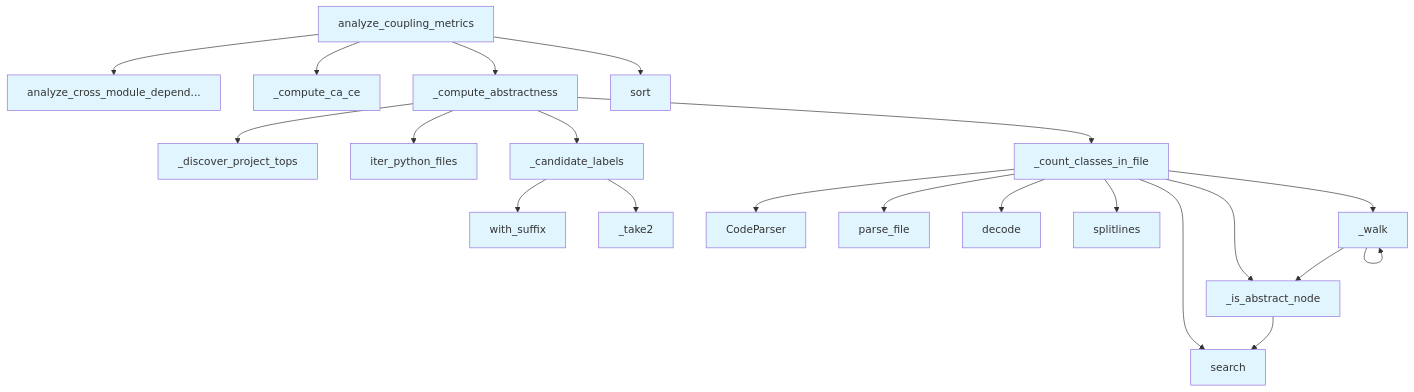
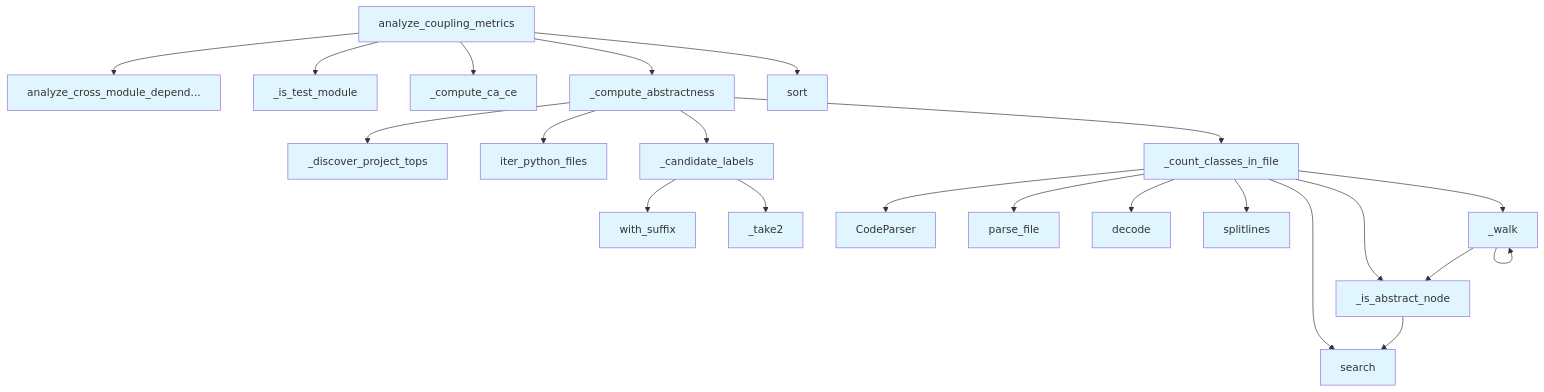
Before and after one commit to UrbanDiver/local-deepwiki-mcp: the diagram in .deepwiki/files/src/local_deepwiki/generators/analysis/coupling.md, drawn with Mermaid. The commit also changed other lines of this file and 72 other files, not shown here.

````diff
--- a/.deepwiki/files/src/local_deepwiki/generators/analysis/coupling.md
+++ b/.deepwiki/files/src/local_deepwiki/generators/analysis/coupling.md
@@ -174,43 +195,45 @@
 ```mermaid
 flowchart TD
     N0[CodeParser]
     N1[_candidate_labels]
     N2[_compute_abstractness]
     N3[_compute_ca_ce]
     N4[_count_classes_in_file]
     N5[_discover_project_tops]
     N6[_is_abstract_node]
-    N7[_take2]
-    N8[_walk]
-    N9[analyze_coupling_metrics]
-    N10[analyze_cross_module_depend...]
-    N11[decode]
-    N12[iter_python_files]
-    N13[parse_file]
-    N14[search]
-    N15[sort]
-    N16[splitlines]
-    N17[with_suffix]
+    N7[_is_test_module]
+    N8[_take2]
+    N9[_walk]
+    N10[analyze_coupling_metrics]
+    N11[analyze_cross_module_depend...]
+    N12[decode]
+    N13[iter_python_files]
+    N14[parse_file]
+    N15[search]
+    N16[sort]
+    N17[splitlines]
+    N18[with_suffix]
     N4 --> N0
-    N4 --> N13
-    N4 --> N11
-    N4 --> N16
     N4 --> N14
+    N4 --> N12
+    N4 --> N17
+    N4 --> N15
     N4 --> N6
-    N4 --> N8
-    N6 --> N14
-    N8 --> N6
-    N8 --> N8
-    N1 --> N17
-    N1 --> N7
+    N4 --> N9
+    N6 --> N15
+    N9 --> N6
+    N9 --> N9
+    N1 --> N18
+    N1 --> N8
     N2 --> N5
-    N2 --> N12
+    N2 --> N13
     N2 --> N1
     N2 --> N4
-    N9 --> N10
-    N9 --> N3
-    N9 --> N2
-    N9 --> N15
+    N10 --> N11
+    N10 --> N7
+    N10 --> N3
+    N10 --> N2
+    N10 --> N16
     classDef func fill:#e1f5fe
-    class N0,N1,N2,N3,N4,N5,N6,N7,N8,N9,N10,N11,N12,N13,N14,N15,N16,N17 func
+    class N0,N1,N2,N3,N4,N5,N6,N7,N8,N9,N10,N11,N12,N13,N14,N15,N16,N17,N18 func
 ```
````
